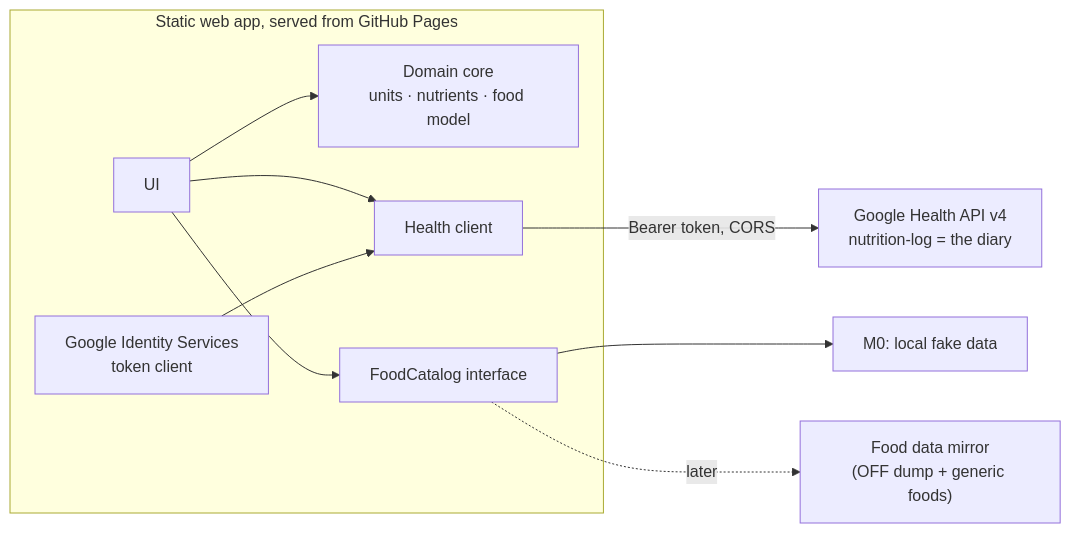
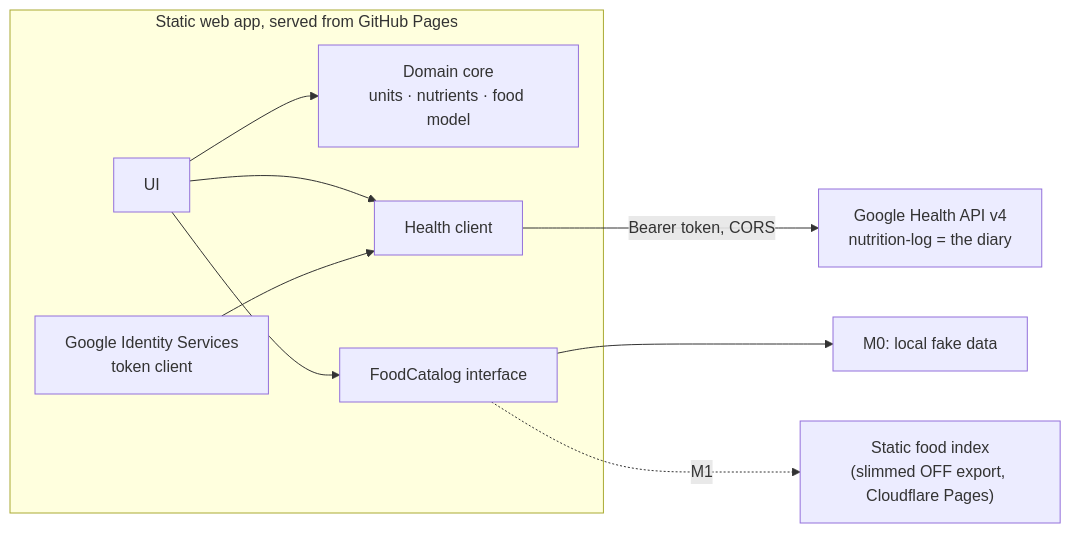
The diagram in docs/ARCHITECTURE.md (Froussios/fitbit-nutrition-portal), drawn with Mermaid before and after one commit. The commit also changed other lines of this file and 32 other files, not shown here.

First line of the commit message:
M1: search-as-you-type over a static Open Food Facts index on Cloudflare Pages (#39)

````diff
--- a/docs/ARCHITECTURE.md
+++ b/docs/ARCHITECTURE.md
@@ -40,12 +40,12 @@
 ```mermaid
 flowchart LR
   subgraph Browser["Static web app, served from GitHub Pages"]
     UI["UI"] --> Core["Domain core<br/>units · nutrients · food model"]
     UI --> HC["Health client"]
     UI --> FC["FoodCatalog interface"]
     Auth["Google Identity Services<br/>token client"] --> HC
   end
   HC -- "Bearer token, CORS" --> GHAPI["Google Health API v4<br/>nutrition-log = the diary"]
   FC --> Fake["M0: local fake data"]
-  FC -. "later" .-> Mirror["Food data mirror<br/>(OFF dump + generic foods)"]
+  FC -. "M1" .-> Index["Static food index<br/>(slimmed OFF export, Cloudflare Pages)"]
 ```
````
